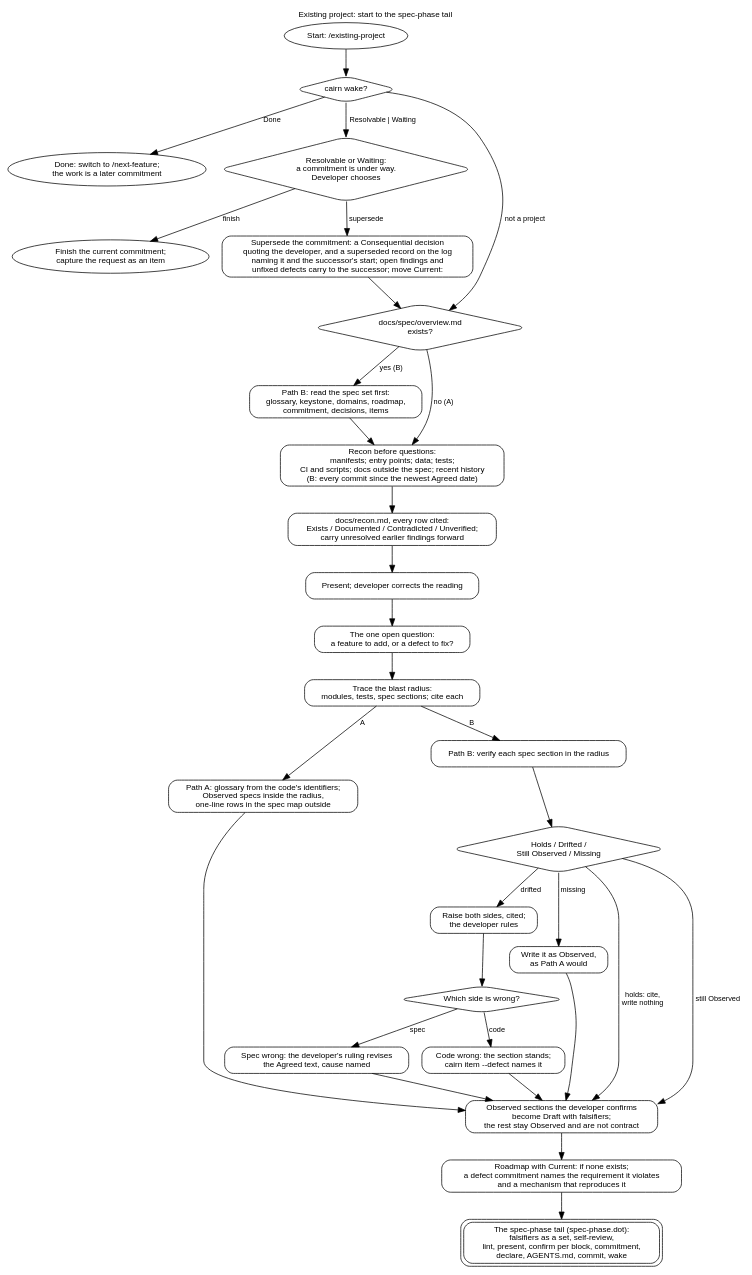
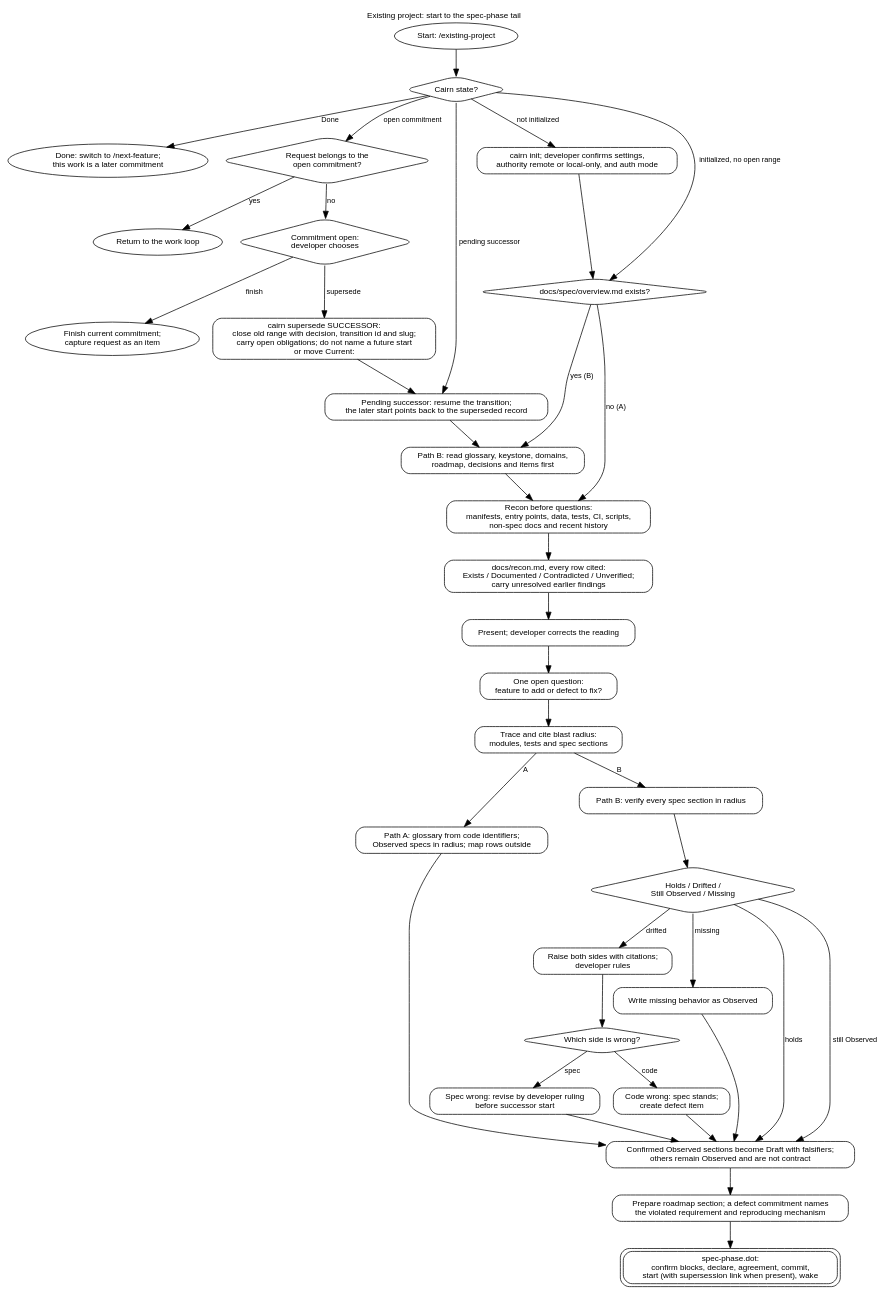
Before and after one commit to eas4ai/cairn: the diagram in docs/diagrams/existing-project.dot, drawn with Graphviz. The commit also changed 13 other files, not shown here.

```diff
--- a/docs/diagrams/existing-project.dot
+++ b/docs/diagrams/existing-project.dot
@@ -1,57 +1,67 @@
-// Existing project: from a codebase Cairn has not specified, or one whose spec drifted, to the spec-phase tail.
+// Existing project: initialize or resume, reconcile the spec, then enter the shared tail.
 digraph existing_project {
   rankdir=TB;
   graph [fontname="Helvetica", fontsize=11, labelloc=t, label="Existing project: start to the spec-phase tail"];
   node  [shape=box, style=rounded, fontname="Helvetica", fontsize=11];
   edge  [fontname="Helvetica", fontsize=10];
 
   start [shape=oval, label="Start: /existing-project"];
-  wake [shape=diamond, label="cairn wake?"];
-  tonext [shape=oval, label="Done: switch to /next-feature;\nthe work is a later commitment"];
-  midway [shape=diamond, label="Resolvable or Waiting:\na commitment is under way.\nDeveloper chooses"];
-  finish [shape=oval, label="Finish the current commitment;\ncapture the request as an item"];
-  supersede_c [label="Supersede the commitment: a Consequential decision\nquoting the developer, and a superseded record on the log\nnaming it and the successor's start; open findings and\nunfixed defects carry to the successor; move Current:"];
-  hasspec [shape=diamond, label="docs/spec/overview.md\nexists?"];
-  readspec [label="Path B: read the spec set first:\nglossary, keystone, domains, roadmap,\ncommitment, decisions, items"];
-  recon [label="Recon before questions:\nmanifests; entry points; data; tests;\nCI and scripts; docs outside the spec; recent history\n(B: every commit since the newest Agreed date)"];
-  report [label="docs/recon.md, every row cited:\nExists / Documented / Contradicted / Unverified;\ncarry unresolved earlier findings forward"];
+  state [shape=diamond, label="Cairn state?"];
+  tonext [shape=oval, label="Done: switch to /next-feature;\nthis work is a later commitment"];
+  fits [shape=diamond, label="Request belongs to the\nopen commitment?"];
+  continue [shape=oval, label="Return to the work loop"];
+  midway [shape=diamond, label="Commitment open:\ndeveloper chooses"];
+  finish [shape=oval, label="Finish current commitment;\ncapture request as an item"];
+  supersede [label="cairn supersede SUCCESSOR:\nclose old range with decision, transition id and slug;\ncarry open obligations; do not name a future start\nor move Current:"];
+  pending [label="Pending successor: resume the transition;\nthe later start points back to the superseded record"];
+  init [label="cairn init; developer confirms settings,\nauthority remote or local-only, and auth mode"];
+  hasspec [shape=diamond, label="docs/spec/overview.md exists?"];
+  readspec [label="Path B: read glossary, keystone, domains,\nroadmap, decisions and items first"];
+  recon [label="Recon before questions:\nmanifests, entry points, data, tests, CI, scripts,\nnon-spec docs and recent history"];
+  report [label="docs/recon.md, every row cited:\nExists / Documented / Contradicted / Unverified;\ncarry unresolved earlier findings"];
   corrects [label="Present; developer corrects the reading"];
-  ask [label="The one open question:\na feature to add, or a defect to fix?"];
-  radius [label="Trace the blast radius:\nmodules, tests, spec sections; cite each"];
-  pathA [label="Path A: glossary from the code's identifiers;\nObserved specs inside the radius,\none-line rows in the spec map outside"];
-  pathB [label="Path B: verify each spec section in the radius"];
+  ask [label="One open question:\nfeature to add or defect to fix?"];
+  radius [label="Trace and cite blast radius:\nmodules, tests and spec sections"];
+  pathA [label="Path A: glossary from code identifiers;\nObserved specs in radius; map rows outside"];
+  pathB [label="Path B: verify every spec section in radius"];
   verdict [shape=diamond, label="Holds / Drifted /\nStill Observed / Missing"];
-  drift [label="Raise both sides, cited;\nthe developer rules"];
+  drift [label="Raise both sides with citations;\ndeveloper rules"];
   rule [shape=diamond, label="Which side is wrong?"];
-  specwrong [label="Spec wrong: the developer's ruling revises\nthe Agreed text, cause named"];
-  codewrong [label="Code wrong: the section stands;\ncairn item --defect names it"];
-  missing [label="Write it as Observed,\nas Path A would"];
-  confirm [label="Observed sections the developer confirms\nbecome Draft with falsifiers;\nthe rest stay Observed and are not contract"];
-  roadmap [label="Roadmap with Current: if none exists;\na defect commitment names the requirement it violates\nand a mechanism that reproduces it"];
-  tail [shape=box, peripheries=2, label="The spec-phase tail (spec-phase.dot):\nfalsifiers as a set, self-review,\nlint, present, confirm per block, commitment,\ndeclare, AGENTS.md, commit, wake"];
+  specwrong [label="Spec wrong: revise by developer ruling\nbefore successor start"];
+  codewrong [label="Code wrong: spec stands;\ncreate defect item"];
+  missing [label="Write missing behavior as Observed"];
+  confirm [label="Confirmed Observed sections become Draft with falsifiers;\nothers remain Observed and are not contract"];
+  roadmap [label="Prepare roadmap section; a defect commitment names\nthe violated requirement and reproducing mechanism"];
+  tail [shape=box, peripheries=2, label="spec-phase.dot:\nconfirm blocks, declare, agreement, commit,\nstart (with supersession link when present), wake"];
 
-  start -> wake;
-  wake -> tonext [label="Done"];
-  wake -> midway [label="Resolvable | Waiting"];
-  wake -> hasspec [label="not a project"];
+  start -> state;
+  state -> tonext [label="Done"];
+  state -> fits [label="open commitment"];
+  state -> pending [label="pending successor"];
+  state -> init [label="not initialized"];
+  state -> hasspec [label="initialized, no open range"];
+  fits -> continue [label="yes"];
+  fits -> midway [label="no"];
   midway -> finish [label="finish"];
-  midway -> supersede_c [label="supersede"];
-  supersede_c -> hasspec;
+  midway -> supersede [label="supersede"];
+  supersede -> pending;
+  pending -> readspec;
+  init -> hasspec;
   hasspec -> readspec [label="yes (B)"];
   hasspec -> recon [label="no (A)"];
   readspec -> recon;
   recon -> report -> corrects -> ask -> radius;
   radius -> pathA [label="A"];
   radius -> pathB [label="B"];
   pathB -> verdict;
-  verdict -> confirm [label="holds: cite,\nwrite nothing"];
+  verdict -> confirm [label="holds"];
   verdict -> drift [label="drifted"];
   verdict -> confirm [label="still Observed"];
   verdict -> missing [label="missing"];
   drift -> rule;
   rule -> specwrong [label="spec"];
   rule -> codewrong [label="code"];
   specwrong -> confirm; codewrong -> confirm; missing -> confirm;
   pathA -> confirm;
   confirm -> roadmap -> tail;
 }
```
